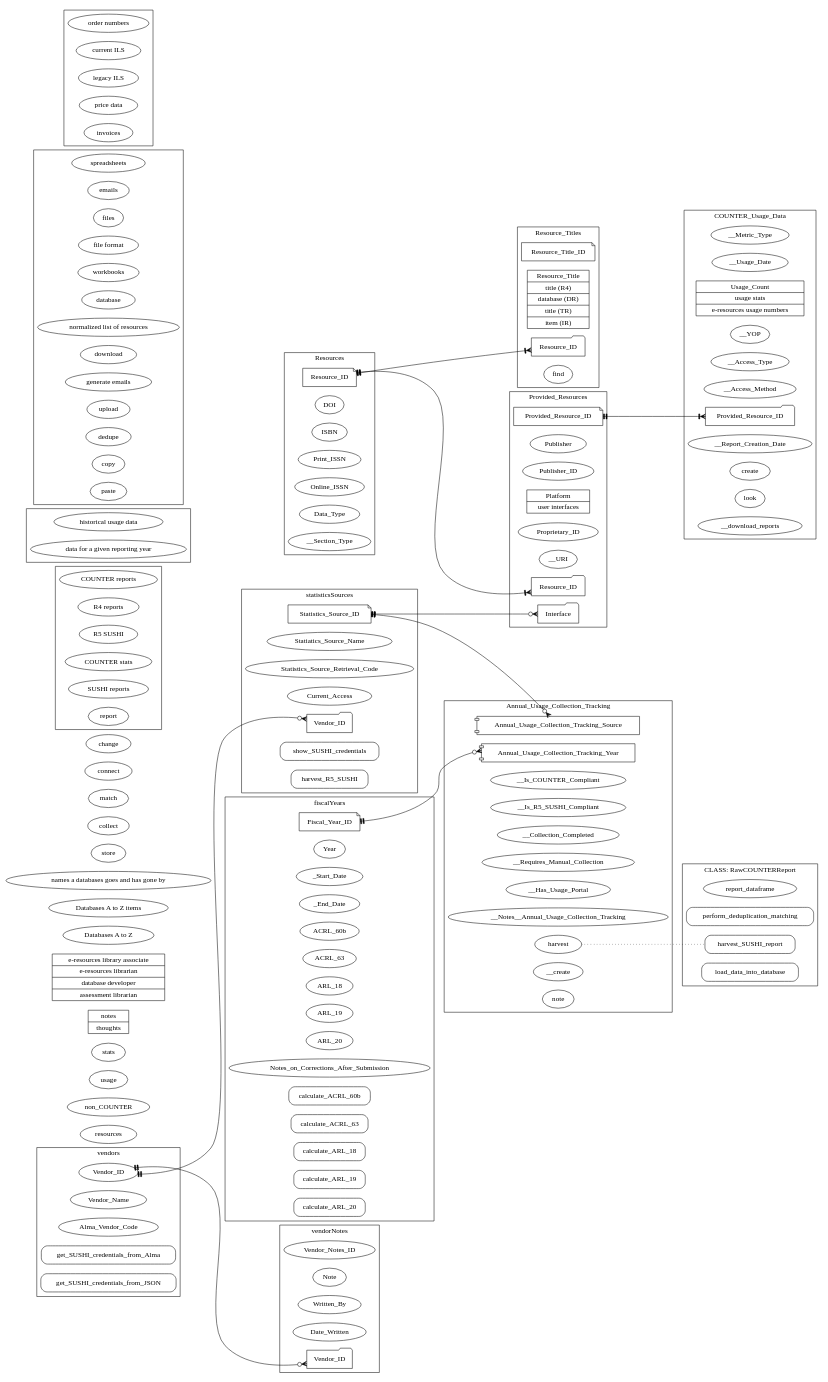
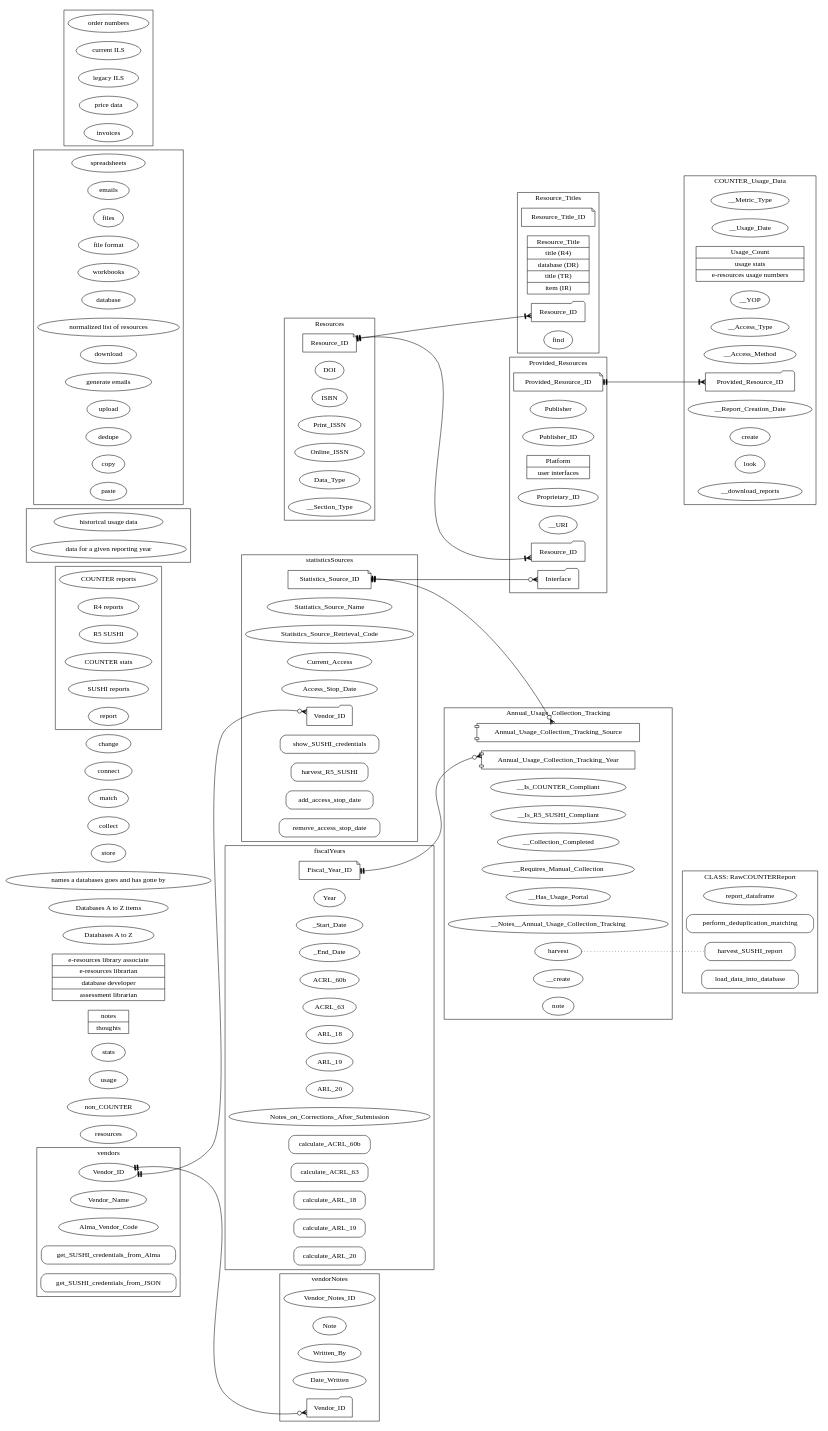
Before and after one commit to ereiskind/nolcat: the diagram in docs/source/erd_and_class_diagram.dot, drawn with Graphviz. The commit also changed 2 other files, not shown here.

Commit message:
Add Access_Stop_Date to statisticsSources relation

```diff
--- a/docs/source/erd_and_class_diagram.dot
+++ b/docs/source/erd_and_class_diagram.dot
@@ -106,6 +106,7 @@
         Statiatics_Source_Name
         Statistics_Source_Retrieval_Code
         Current_Access
+        Access_Stop_Date
         Vendor_ID_in_statisticsSources [
             label="Vendor_ID"
             shape="folder"
@@ -114,6 +115,8 @@
         // Methods
         show_SUSHI_credentials [shape="Mrecord"]
         harvest_R5_SUSHI [shape="Mrecord"]
+        add_access_stop_date [shape="Mrecord"]
+        remove_access_stop_date [shape="Mrecord"]
     }
 
 
```
